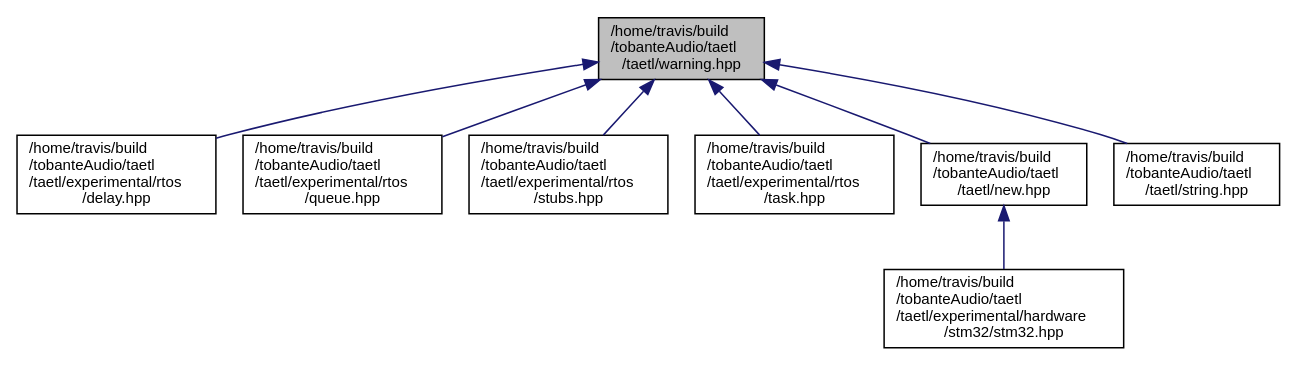
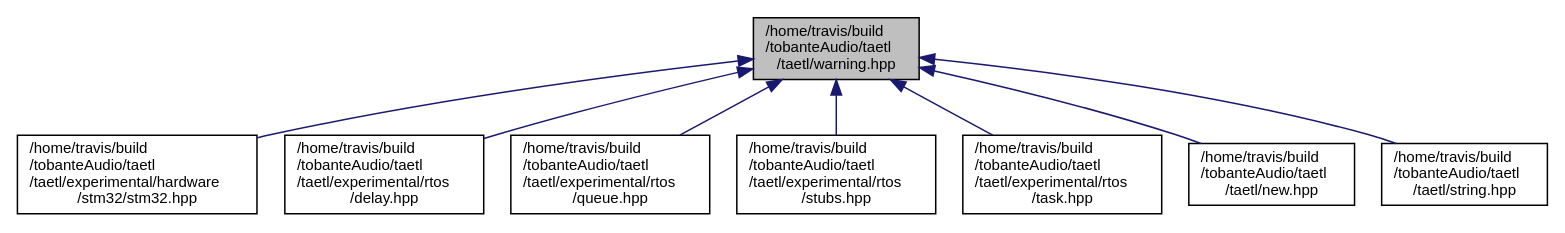
One commit to tobanteAudio/taetl changed the diagram in warning_8hpp__dep__incl.dot. Above: the diagram before and after it, drawn with Graphviz. The commit also changed 12 other files, not shown here.

Commit message:
Deploy tobanteAudio/taetl to github.com/tobanteAudio/taetl.git:gh-pages

```diff
--- a/warning_8hpp__dep__incl.dot
+++ b/warning_8hpp__dep__incl.dot
@@ -1,20 +1,20 @@
 digraph "/home/travis/build/tobanteAudio/taetl/taetl/warning.hpp"
 {
   edge [fontname="Helvetica",fontsize="10",labelfontname="Helvetica",labelfontsize="10"];
   node [fontname="Helvetica",fontsize="10",shape=record];
   Node1 [label="/home/travis/build\l/tobanteAudio/taetl\l/taetl/warning.hpp",height=0.2,width=0.4,color="black", fillcolor="grey75", style="filled", fontcolor="black"];
   Node1 -> Node2 [dir="back",color="midnightblue",fontsize="10",style="solid",fontname="Helvetica"];
-  Node2 [label="/home/travis/build\l/tobanteAudio/taetl\l/taetl/experimental/rtos\l/delay.hpp",height=0.2,width=0.4,color="black", fillcolor="white", style="filled",URL="$delay_8hpp.html"];
+  Node2 [label="/home/travis/build\l/tobanteAudio/taetl\l/taetl/experimental/hardware\l/stm32/stm32.hpp",height=0.2,width=0.4,color="black", fillcolor="white", style="filled",URL="$stm32_8hpp.html"];
   Node1 -> Node3 [dir="back",color="midnightblue",fontsize="10",style="solid",fontname="Helvetica"];
-  Node3 [label="/home/travis/build\l/tobanteAudio/taetl\l/taetl/experimental/rtos\l/queue.hpp",height=0.2,width=0.4,color="black", fillcolor="white", style="filled",URL="$queue_8hpp.html"];
+  Node3 [label="/home/travis/build\l/tobanteAudio/taetl\l/taetl/experimental/rtos\l/delay.hpp",height=0.2,width=0.4,color="black", fillcolor="white", style="filled",URL="$delay_8hpp.html"];
   Node1 -> Node4 [dir="back",color="midnightblue",fontsize="10",style="solid",fontname="Helvetica"];
-  Node4 [label="/home/travis/build\l/tobanteAudio/taetl\l/taetl/experimental/rtos\l/stubs.hpp",height=0.2,width=0.4,color="black", fillcolor="white", style="filled",URL="$stubs_8hpp.html"];
+  Node4 [label="/home/travis/build\l/tobanteAudio/taetl\l/taetl/experimental/rtos\l/queue.hpp",height=0.2,width=0.4,color="black", fillcolor="white", style="filled",URL="$queue_8hpp.html"];
   Node1 -> Node5 [dir="back",color="midnightblue",fontsize="10",style="solid",fontname="Helvetica"];
-  Node5 [label="/home/travis/build\l/tobanteAudio/taetl\l/taetl/experimental/rtos\l/task.hpp",height=0.2,width=0.4,color="black", fillcolor="white", style="filled",URL="$task_8hpp.html"];
+  Node5 [label="/home/travis/build\l/tobanteAudio/taetl\l/taetl/experimental/rtos\l/stubs.hpp",height=0.2,width=0.4,color="black", fillcolor="white", style="filled",URL="$stubs_8hpp.html"];
   Node1 -> Node6 [dir="back",color="midnightblue",fontsize="10",style="solid",fontname="Helvetica"];
-  Node6 [label="/home/travis/build\l/tobanteAudio/taetl\l/taetl/new.hpp",height=0.2,width=0.4,color="black", fillcolor="white", style="filled",URL="$new_8hpp.html"];
-  Node6 -> Node7 [dir="back",color="midnightblue",fontsize="10",style="solid",fontname="Helvetica"];
-  Node7 [label="/home/travis/build\l/tobanteAudio/taetl\l/taetl/experimental/hardware\l/stm32/stm32.hpp",height=0.2,width=0.4,color="black", fillcolor="white", style="filled",URL="$stm32_8hpp.html"];
+  Node6 [label="/home/travis/build\l/tobanteAudio/taetl\l/taetl/experimental/rtos\l/task.hpp",height=0.2,width=0.4,color="black", fillcolor="white", style="filled",URL="$task_8hpp.html"];
+  Node1 -> Node7 [dir="back",color="midnightblue",fontsize="10",style="solid",fontname="Helvetica"];
+  Node7 [label="/home/travis/build\l/tobanteAudio/taetl\l/taetl/new.hpp",height=0.2,width=0.4,color="black", fillcolor="white", style="filled",URL="$new_8hpp.html"];
   Node1 -> Node8 [dir="back",color="midnightblue",fontsize="10",style="solid",fontname="Helvetica"];
   Node8 [label="/home/travis/build\l/tobanteAudio/taetl\l/taetl/string.hpp",height=0.2,width=0.4,color="black", fillcolor="white", style="filled",URL="$string_8hpp.html"];
 }
```
